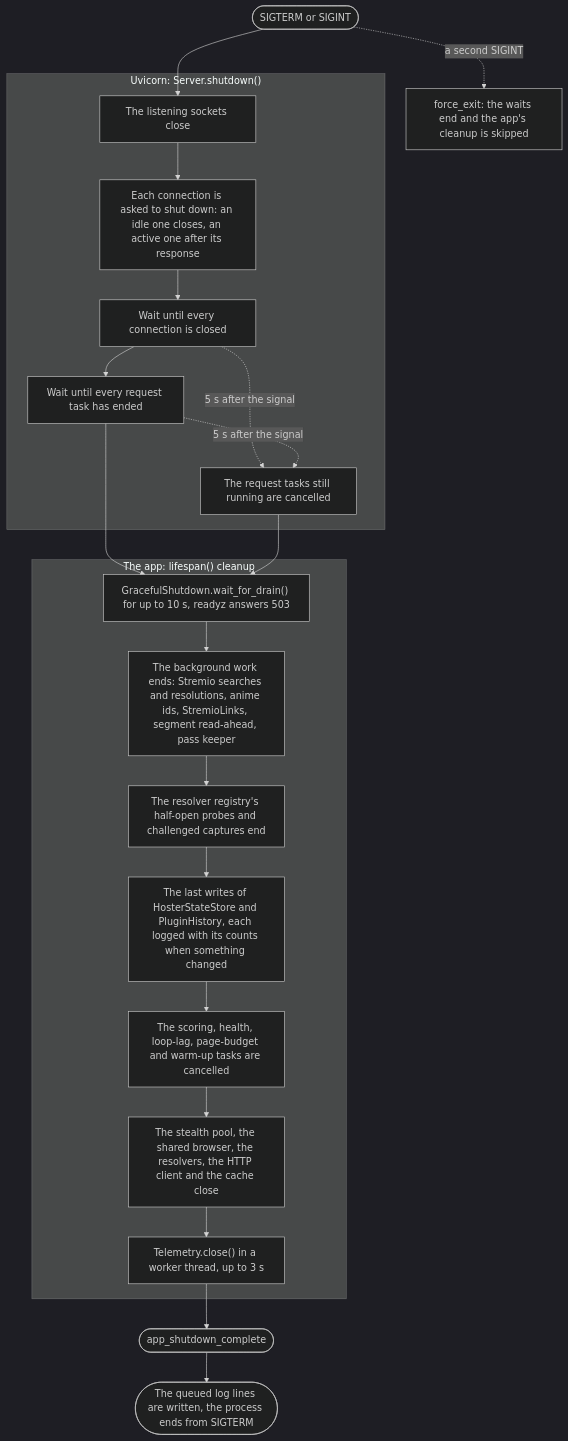
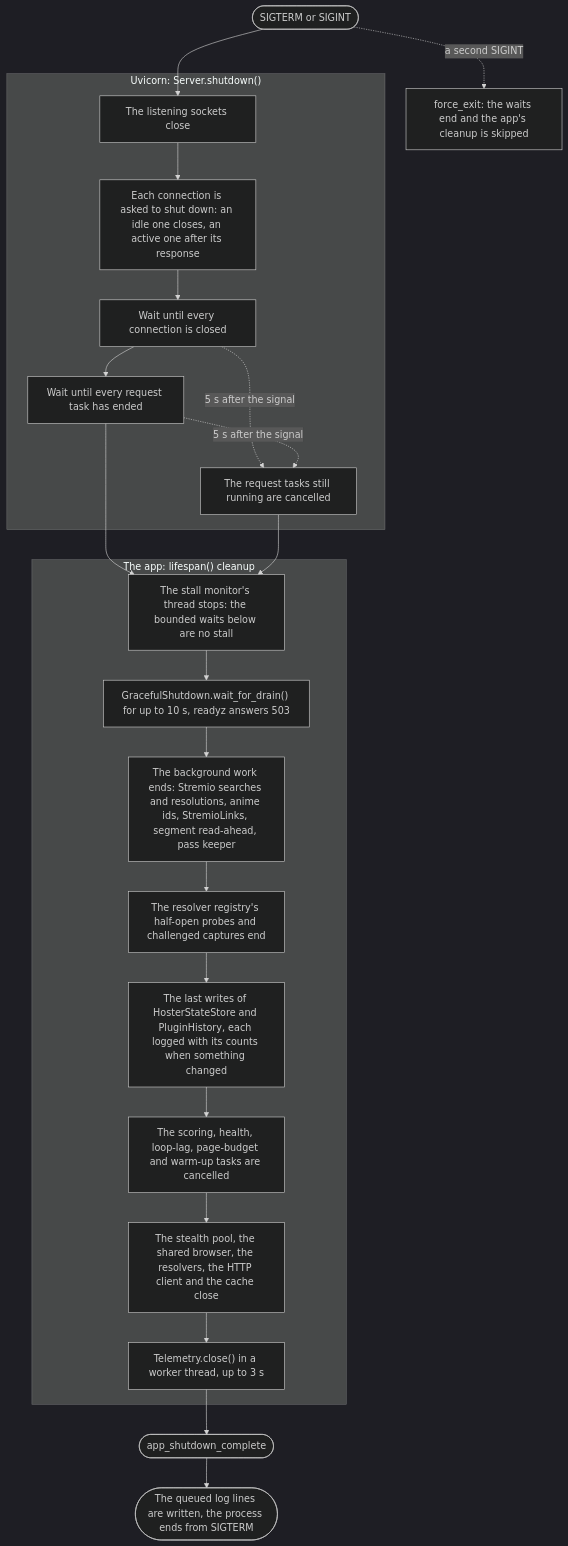
Before and after one commit to Strob0t/Scavengarr: the fourth of 4 diagrams in docs/current/architecture.md, drawn with Mermaid (dark theme). The commit also changed other lines of this file and 28 other files, not shown here.

````diff
--- a/docs/current/architecture.md
+++ b/docs/current/architecture.md
@@ -388,24 +391,25 @@
 ```mermaid
 flowchart TD
     signal(["SIGTERM or SIGINT"]) --> close
     subgraph uvicorn["Uvicorn: Server.shutdown()"]
         close["The listening sockets close"] --> conns["Each connection is asked to shut down: an idle one closes, an active one after its response"]
         conns --> waitc["Wait until every connection is closed"]
         waitc --> waitt["Wait until every request task has ended"]
         waitc -. "5 s after the signal" .-> cancel["The request tasks still running are cancelled"]
         waitt -. "5 s after the signal" .-> cancel
     end
-    waitt --> drain
-    cancel --> drain
+    waitt --> monitor
+    cancel --> monitor
     subgraph app["The app: lifespan() cleanup"]
+        monitor["The stall monitor's thread stops: the bounded waits below are no stall"] --> drain
         drain["GracefulShutdown.wait_for_drain() for up to 10 s, readyz answers 503"] --> stop["The background work ends: Stremio searches and resolutions, anime ids, StremioLinks, segment read-ahead, pass keeper"]
         stop --> reg["The resolver registry's half-open probes and challenged captures end"]
         reg --> snap["The last writes of HosterStateStore and PluginHistory, each logged with its counts when something changed"]
         snap --> tasks["The scoring, health, loop-lag, page-budget and warm-up tasks are cancelled"]
         tasks --> res["The stealth pool, the shared browser, the resolvers, the HTTP client and the cache close"]
         res --> spans["Telemetry.close() in a worker thread, up to 3 s"]
     end
     spans --> done(["app_shutdown_complete"])
     done --> exit(["The queued log lines are written, the process ends from SIGTERM"])
     signal -. "a second SIGINT" .-> force["force_exit: the waits end and the app's cleanup is skipped"]
 ```
````
